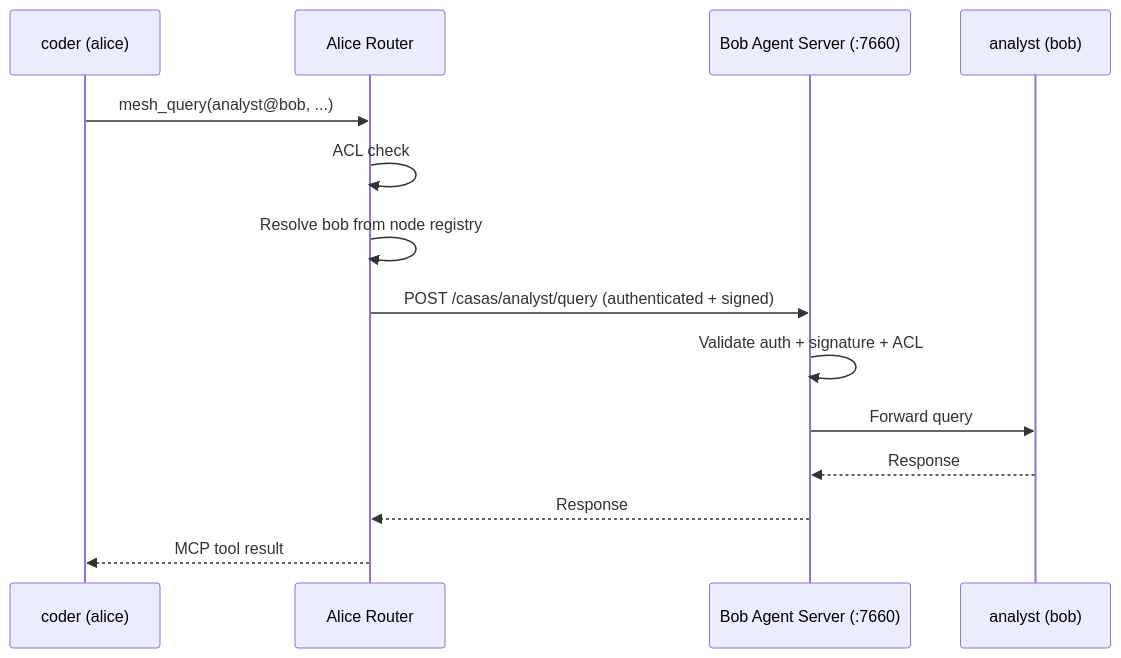
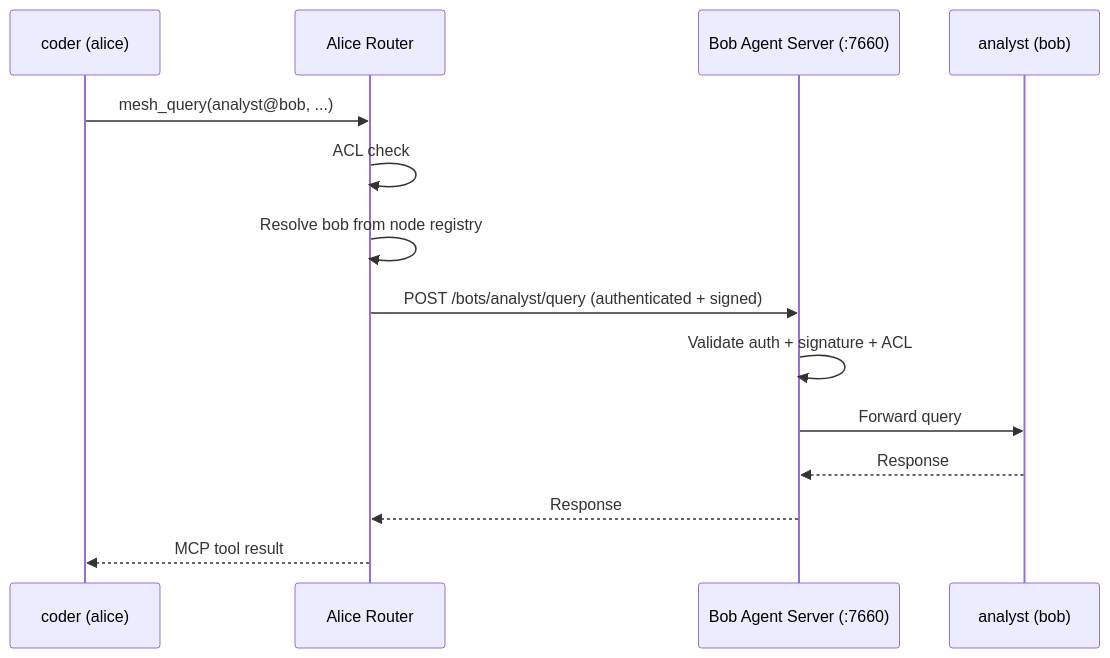
The fifth of 5 diagrams in website/docs/reference/architecture.md (johnloveworld2022-ops/mecha.im), drawn with Mermaid before and after one commit. The commit also changed other lines of this file and 318 other files, not shown here.

````diff
--- a/website/docs/reference/architecture.md
+++ b/website/docs/reference/architecture.md
@@ -119,17 +119,17 @@
 ```mermaid
 sequenceDiagram
   participant coder as coder (alice)
   participant router as Alice Router
   participant agent as Bob Agent Server (:7660)
   participant analyst as analyst (bob)
 
   coder->>router: mesh_query(analyst@bob, ...)
   router->>router: ACL check
   router->>router: Resolve bob from node registry
-  router->>agent: POST /casas/analyst/query (authenticated + signed)
+  router->>agent: POST /bots/analyst/query (authenticated + signed)
   agent->>agent: Validate auth + signature + ACL
   agent->>analyst: Forward query
   analyst-->>agent: Response
   agent-->>router: Response
   router-->>coder: MCP tool result
 ```
````
